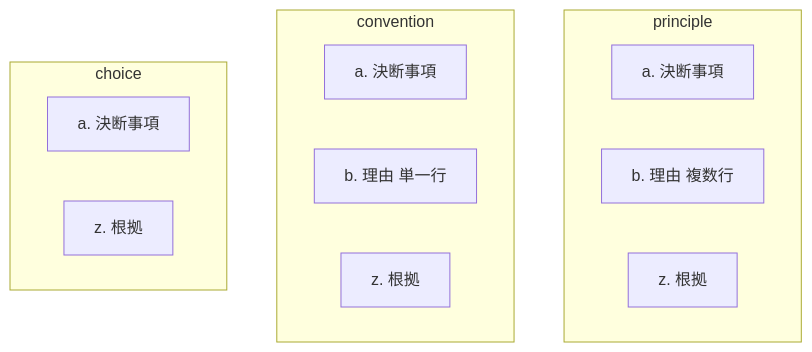
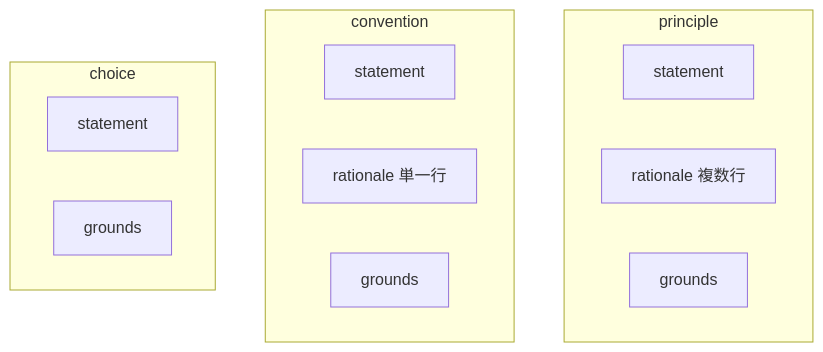
One commit to gameundwatch/codifier changed the second of 2 diagrams in docs/archivist/L3_structures/granularity-ladder.md. Above: the diagram before and after it, drawn with Mermaid. The commit also changed other lines of this file and 3 other files, not shown here.

````diff
--- a/docs/archivist/L3_structures/granularity-ladder.md
+++ b/docs/archivist/L3_structures/granularity-ladder.md
@@ -25,17 +25,17 @@
 ```mermaid
 flowchart TD
     subgraph P[principle]
-        pa[a. 決断事項]
-        pb[b. 理由 複数行]
-        pz[z. 根拠]
+        pa[statement]
+        pb[rationale 複数行]
+        pz[grounds]
     end
     subgraph C[convention]
-        ca[a. 決断事項]
-        cb[b. 理由 単一行]
-        cz[z. 根拠]
+        ca[statement]
+        cb[rationale 単一行]
+        cz[grounds]
     end
     subgraph H[choice]
-        ha[a. 決断事項]
-        hz[z. 根拠]
+        ha[statement]
+        hz[grounds]
     end
 ```
````
